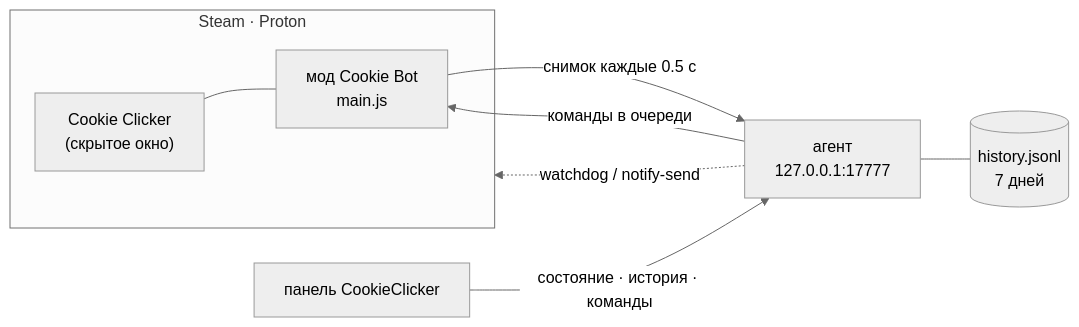
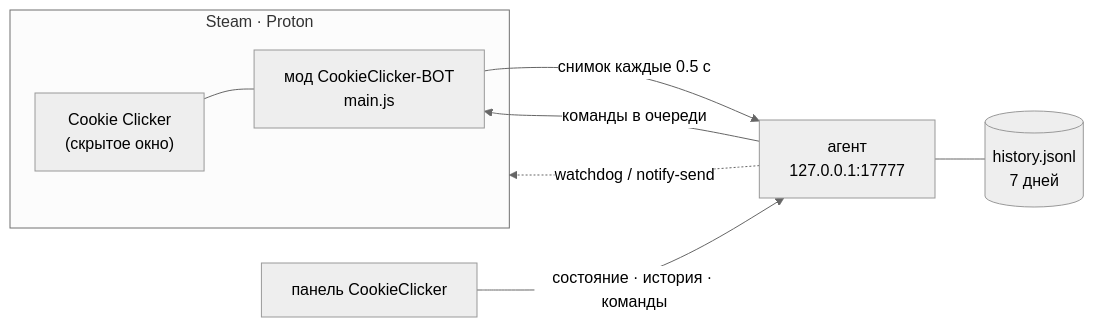
One commit to d1sold/CookieClicker-BOT changed the diagram in README.md. Above: the diagram before and after it, drawn with Mermaid (neutral theme). The commit also changed other lines of this file and 10 other files, not shown here.

First line of the commit message:
chore: rename project to CookieClicker-BOT

````diff
--- a/README.md
+++ b/README.md
@@ -92,11 +92,11 @@
 ```mermaid
 flowchart LR
     subgraph Steam["Steam · Proton"]
-        G["Cookie Clicker<br/>(скрытое окно)"] --- M["мод Cookie Bot<br/>main.js"]
+        G["Cookie Clicker<br/>(скрытое окно)"] --- M["мод CookieClicker-BOT<br/>main.js"]
     end
     M -- "снимок каждые 0.5 с" --> A["агент<br/>127.0.0.1:17777"]
     A -- "команды в очереди" --> M
     A --- D[("history.jsonl<br/>7 дней")]
     P["панель CookieClicker"] -- "состояние · история · команды" --> A
     A -. "watchdog / notify-send" .-> Steam
 ```
````
